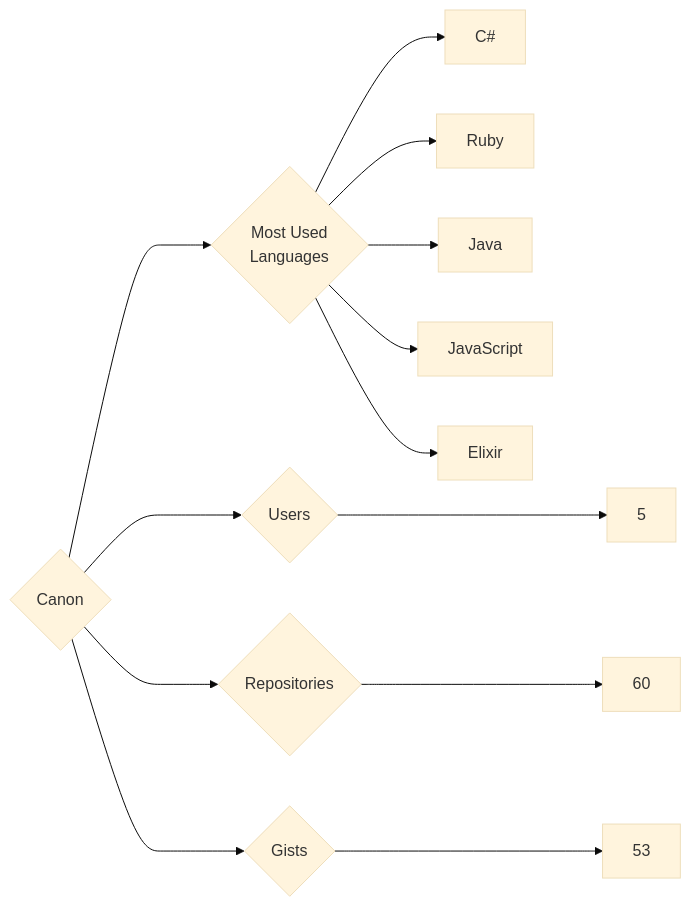
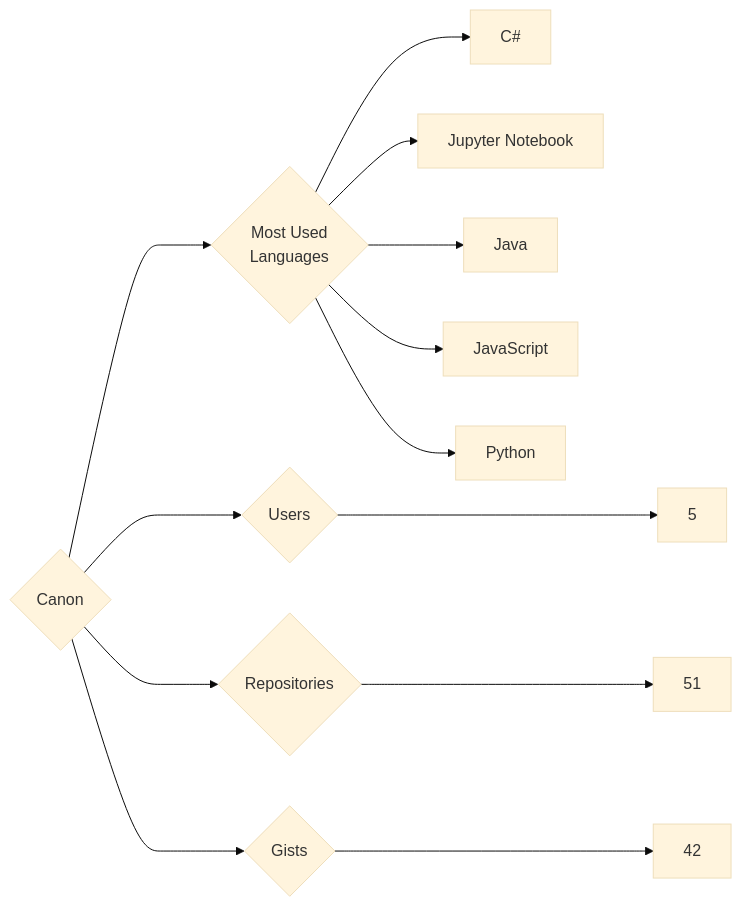
The diagram in targets/Canon/README.md (trickest/insiders), drawn with Mermaid (base theme) before and after one commit. The commit also changed 1148 other files, not shown here.

````diff
--- a/targets/Canon/README.md
+++ b/targets/Canon/README.md
@@ -3,13 +3,13 @@
 ```mermaid
 graph LR
 COMPANY_NAME{Canon}
 COMPANY_NAME ---> U{Users} ---> UN[5]
-COMPANY_NAME ---> R{Repositories} ---> RN[60]
-COMPANY_NAME ---> G{Gists} ---> GN[53]
+COMPANY_NAME ---> R{Repositories} ---> RN[51]
+COMPANY_NAME ---> G{Gists} ---> GN[42]
 COMPANY_NAME ---> ML{Most Used<br>Languages}
 ML --> C#[C#]
-ML --> Ruby[Ruby]
+ML --> Jupyter_Notebook[Jupyter Notebook]
 ML --> Java[Java]
 ML --> JavaScript[JavaScript]
-ML --> Elixir[Elixir]
+ML --> Python[Python]
 ```
````
